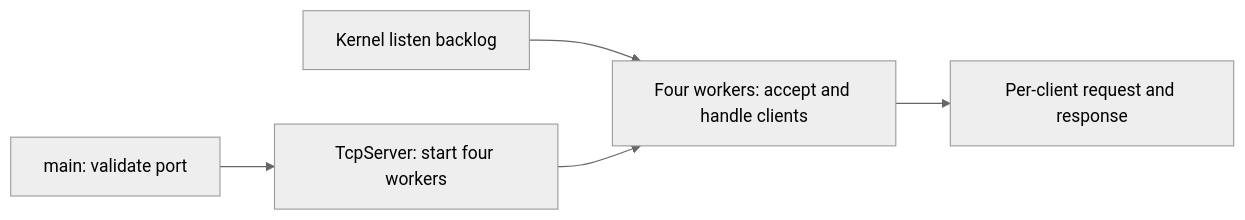
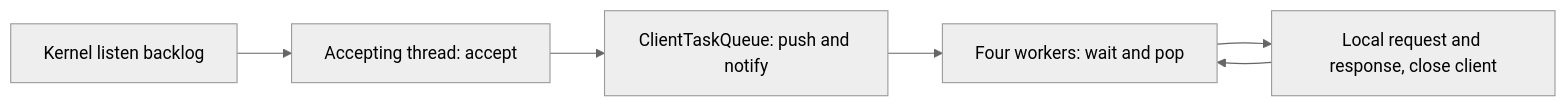
One commit to Tanishgupta28/cpp-multithreaded-http-server changed the diagram in README.md. Above: the diagram before and after it, drawn with Mermaid (neutral theme). The commit also changed other lines of this file and 8 other files, not shown here.

Commit message:
stage 8: add thread-safe client task queue

````diff
--- a/README.md
+++ b/README.md
@@ -35,7 +38,8 @@
 ```mermaid
 flowchart LR
-    Main[main: validate port] --> Server[TcpServer: start four workers]
-    Backlog[Kernel listen backlog] --> Workers[Four workers: accept and handle clients]
-    Server --> Workers
-    Workers --> Data[Per-client request and response]
+    Kernel[Kernel listen backlog] --> Producer[Accepting thread: accept]
+    Producer --> Queue[ClientTaskQueue: push and notify]
+    Queue --> Workers[Four workers: wait and pop]
+    Workers --> Handle[Local request and response, close client]
+    Handle --> Workers
 ```
````
